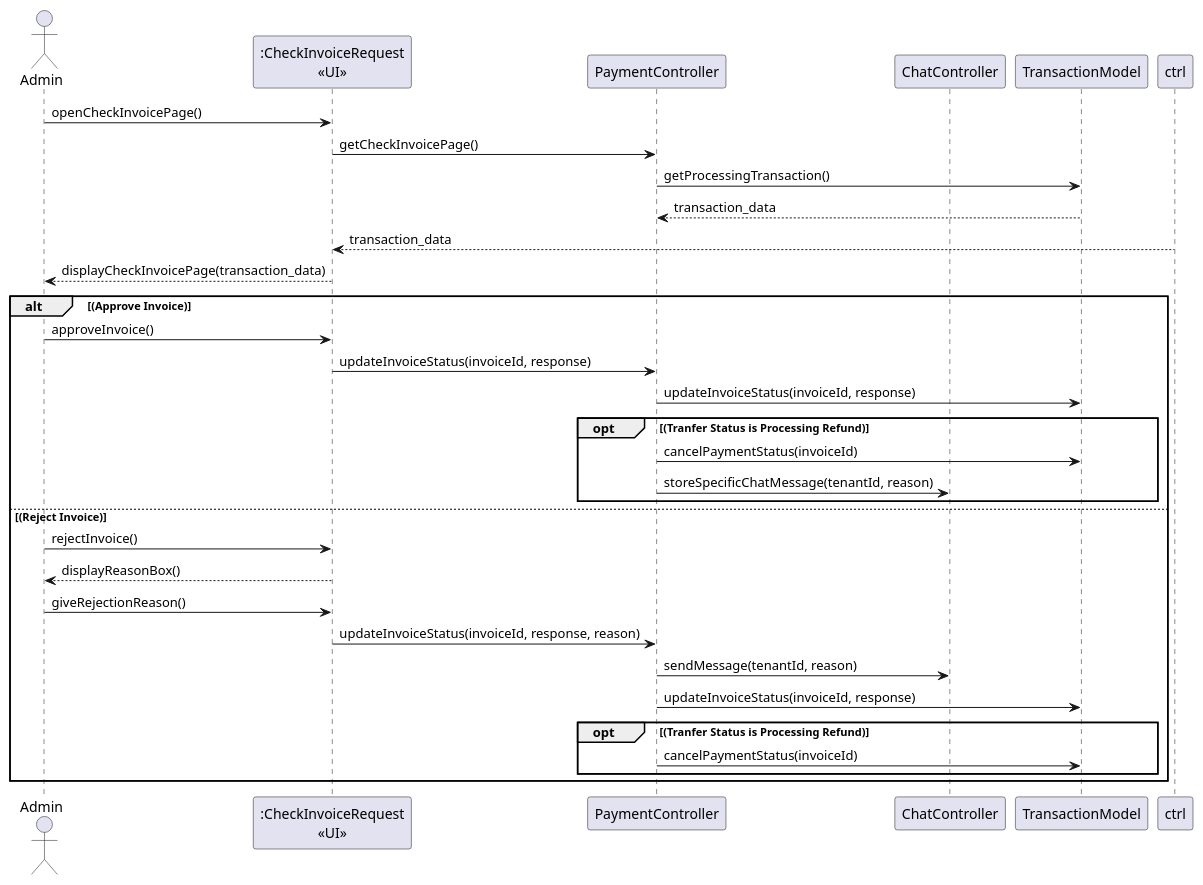
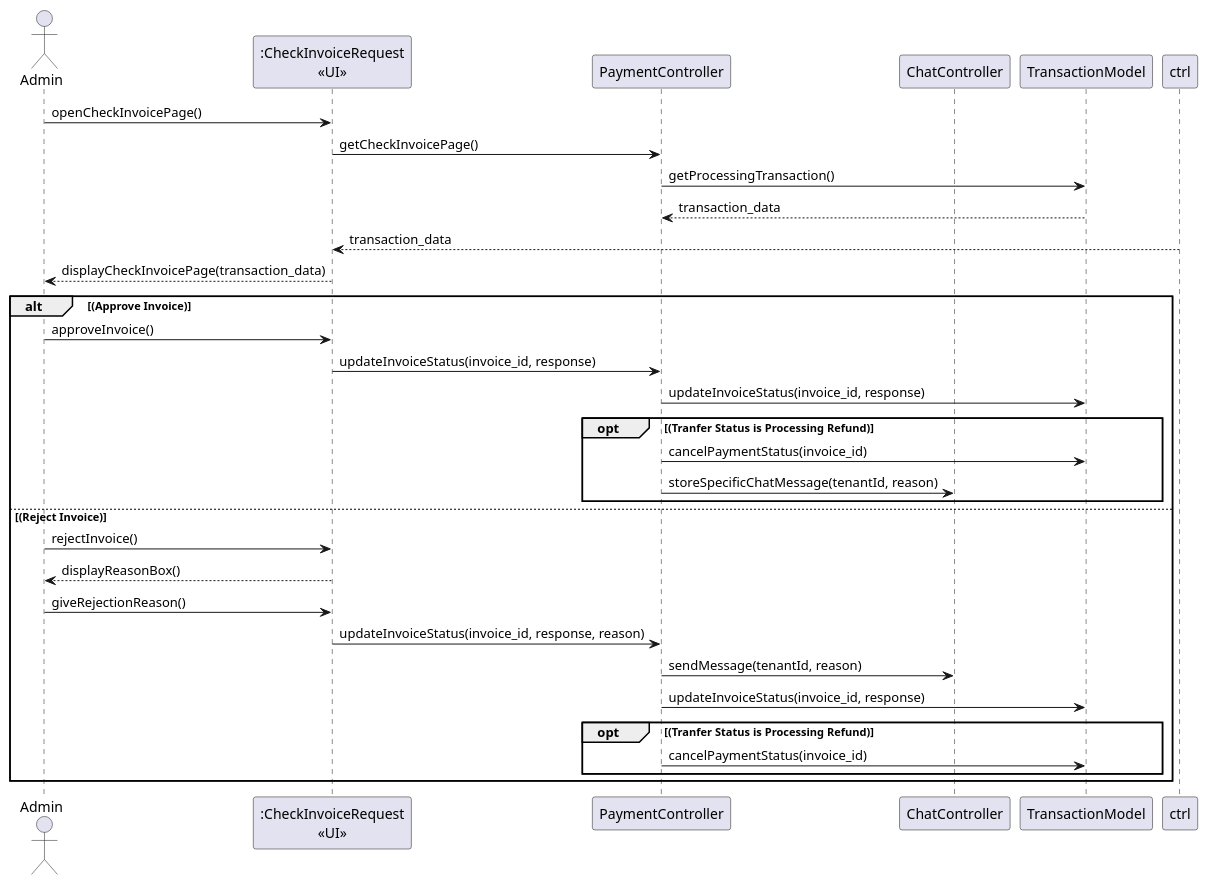
The diagram in Design/BHFMS_SEQUENCE/Admin/Payment/Approve Reject Payment Invoice.puml (AntWort21/BHFMS), drawn with PlantUML before and after one commit. The commit also changed 11 other files, not shown here.

```diff
--- a/Design/BHFMS_SEQUENCE/Admin/Payment/Approve Reject Payment Invoice.puml
+++ b/Design/BHFMS_SEQUENCE/Admin/Payment/Approve Reject Payment Invoice.puml
@@ -1,36 +1,36 @@
 @startuml
 actor "Admin" as act
 participant ":CheckInvoiceRequest\n<<UI>>" as view
 participant PaymentController as pctrl
 participant ChatController as cctrl
 participant TransactionModel as tm
 
 act -> view : openCheckInvoicePage()
 view -> pctrl : getCheckInvoicePage()
 pctrl -> tm : getProcessingTransaction()
 pctrl <-- tm : transaction_data
 view <-- ctrl : transaction_data
 act <-- view : displayCheckInvoicePage(transaction_data) 
 alt (Approve Invoice)
     act -> view : approveInvoice()
-    view -> pctrl : updateInvoiceStatus(invoiceId, response)
-    pctrl -> tm : updateInvoiceStatus(invoiceId, response)
+    view -> pctrl : updateInvoiceStatus(invoice_id, response)
+    pctrl -> tm : updateInvoiceStatus(invoice_id, response)
 
     opt (Tranfer Status is Processing Refund)
-        pctrl -> tm : cancelPaymentStatus(invoiceId)
+        pctrl -> tm : cancelPaymentStatus(invoice_id)
         pctrl -> cctrl : storeSpecificChatMessage(tenantId, reason)
     end
 else (Reject Invoice)
     act -> view : rejectInvoice()
     act <-- view : displayReasonBox()
     act -> view : giveRejectionReason()
     
-    view -> pctrl : updateInvoiceStatus(invoiceId, response, reason)
+    view -> pctrl : updateInvoiceStatus(invoice_id, response, reason)
     pctrl -> cctrl : sendMessage(tenantId, reason)
-    pctrl -> tm : updateInvoiceStatus(invoiceId, response)
+    pctrl -> tm : updateInvoiceStatus(invoice_id, response)
 
     opt (Tranfer Status is Processing Refund)
-        pctrl -> tm : cancelPaymentStatus(invoiceId)
+        pctrl -> tm : cancelPaymentStatus(invoice_id)
     end
 end
 @enduml
```
